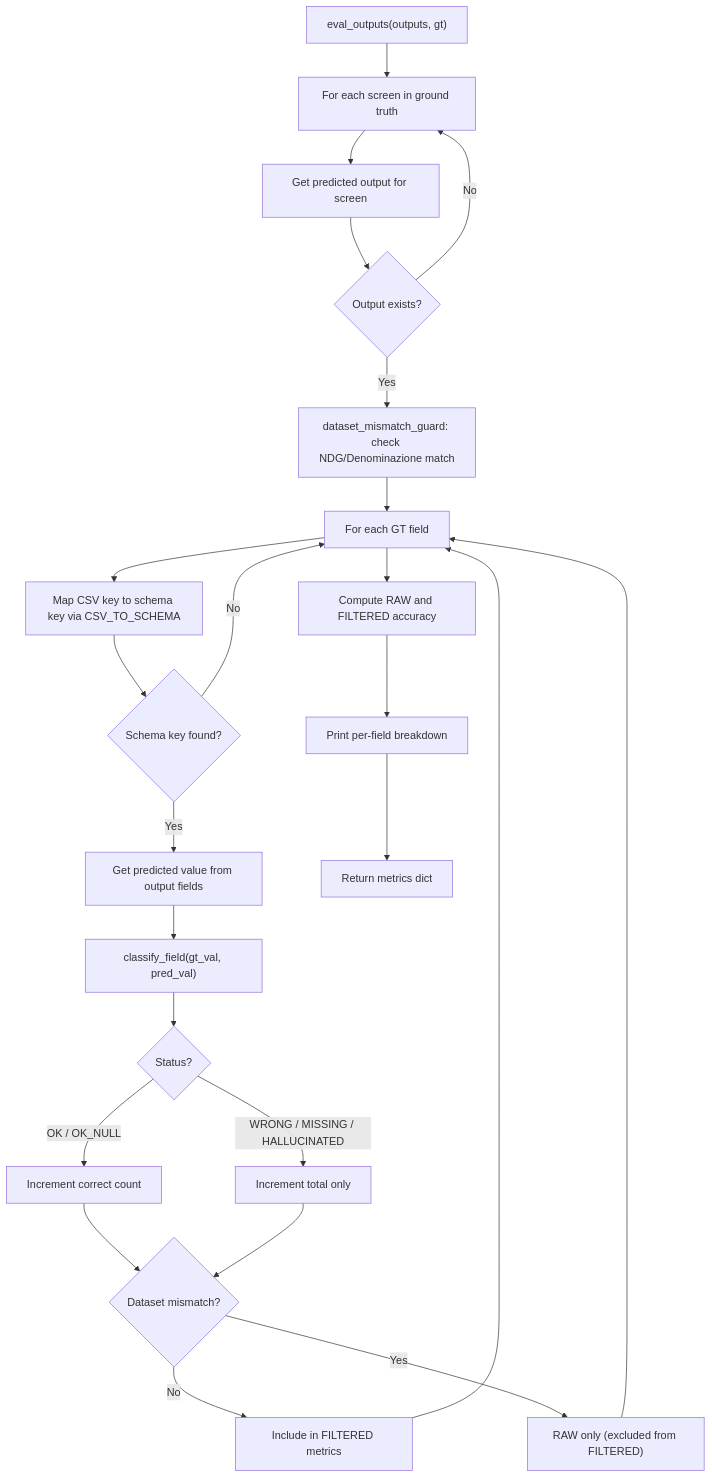
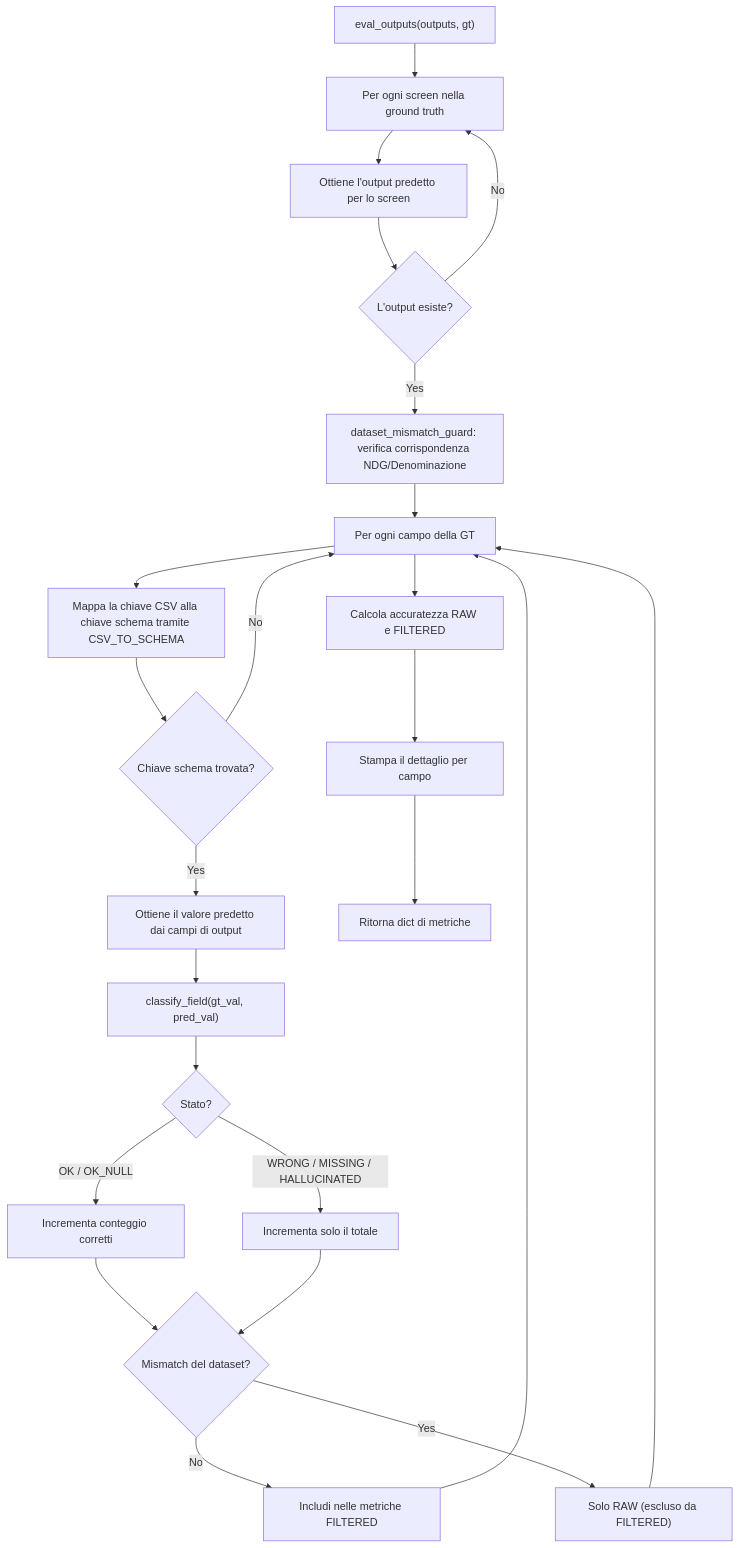
The seventh of 7 diagrams in docs-alfio/05-workflows.md (acaprino/MOL-BPER-OCR), drawn with Mermaid before and after one commit. The commit also changed other lines of this file and 13 other files, not shown here.

````diff
--- a/docs-alfio/05-workflows.md
+++ b/docs-alfio/05-workflows.md
@@ -308,26 +308,26 @@
 ```mermaid
 flowchart TD
-    A["eval_outputs(outputs, gt)"] --> B["For each screen in ground truth"]
-    B --> C["Get predicted output for screen"]
-    C --> D{"Output exists?"}
+    A["eval_outputs(outputs, gt)"] --> B["Per ogni screen nella ground truth"]
+    B --> C["Ottiene l'output predetto per lo screen"]
+    C --> D{"L'output esiste?"}
     D -- No --> B
-    D -- Yes --> E["dataset_mismatch_guard: check NDG/Denominazione match"]
-    E --> F["For each GT field"]
-    F --> G["Map CSV key to schema key via CSV_TO_SCHEMA"]
-    G --> H{"Schema key found?"}
+    D -- Yes --> E["dataset_mismatch_guard: verifica corrispondenza NDG/Denominazione"]
+    E --> F["Per ogni campo della GT"]
+    F --> G["Mappa la chiave CSV alla chiave schema tramite CSV_TO_SCHEMA"]
+    G --> H{"Chiave schema trovata?"}
     H -- No --> F
-    H -- Yes --> I["Get predicted value from output fields"]
+    H -- Yes --> I["Ottiene il valore predetto dai campi di output"]
     I --> J["classify_field(gt_val, pred_val)"]
-    J --> K{"Status?"}
-    K -- "OK / OK_NULL" --> L["Increment correct count"]
-    K -- "WRONG / MISSING / HALLUCINATED" --> M["Increment total only"]
-    L --> N{"Dataset mismatch?"}
+    J --> K{"Stato?"}
+    K -- "OK / OK_NULL" --> L["Incrementa conteggio corretti"]
+    K -- "WRONG / MISSING / HALLUCINATED" --> M["Incrementa solo il totale"]
+    L --> N{"Mismatch del dataset?"}
     M --> N
-    N -- No --> O["Include in FILTERED metrics"]
-    N -- Yes --> P["RAW only (excluded from FILTERED)"]
+    N -- No --> O["Includi nelle metriche FILTERED"]
+    N -- Yes --> P["Solo RAW (escluso da FILTERED)"]
     O --> F
     P --> F
-    F --> Q["Compute RAW and FILTERED accuracy"]
-    Q --> R["Print per-field breakdown"]
-    R --> S["Return metrics dict"]
+    F --> Q["Calcola accuratezza RAW e FILTERED"]
+    Q --> R["Stampa il dettaglio per campo"]
+    R --> S["Ritorna dict di metriche"]
 ```
````
